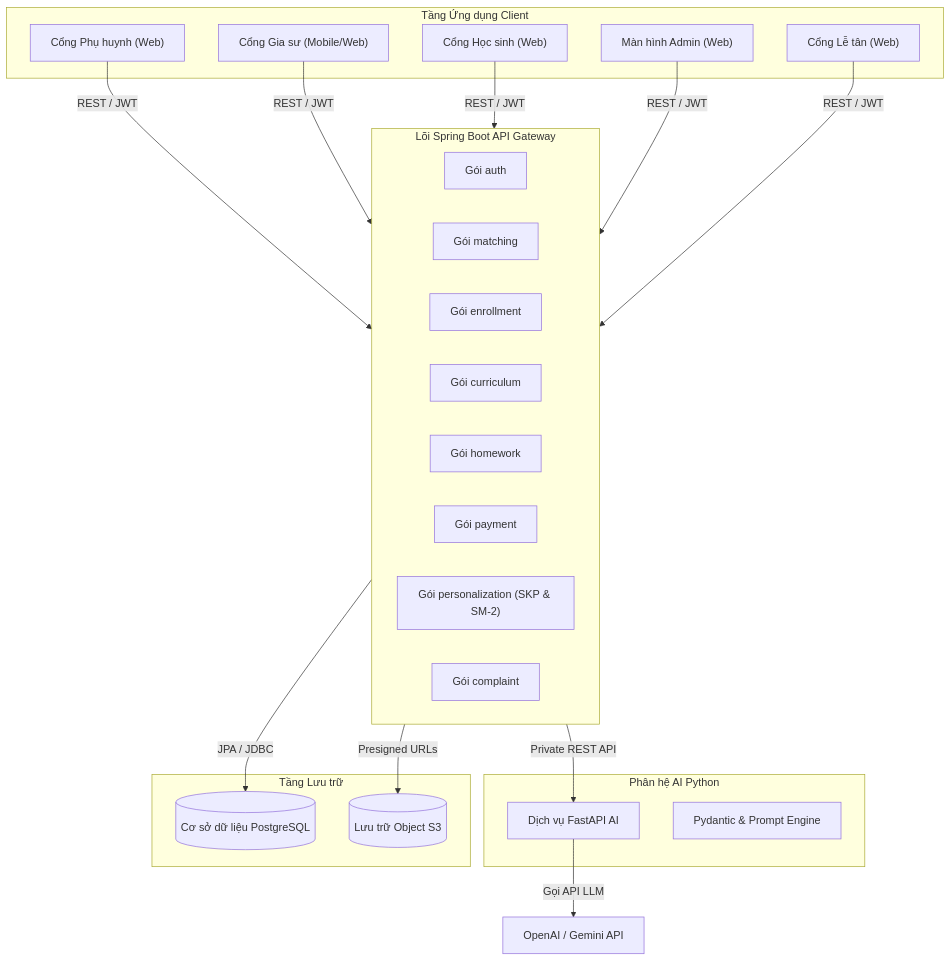
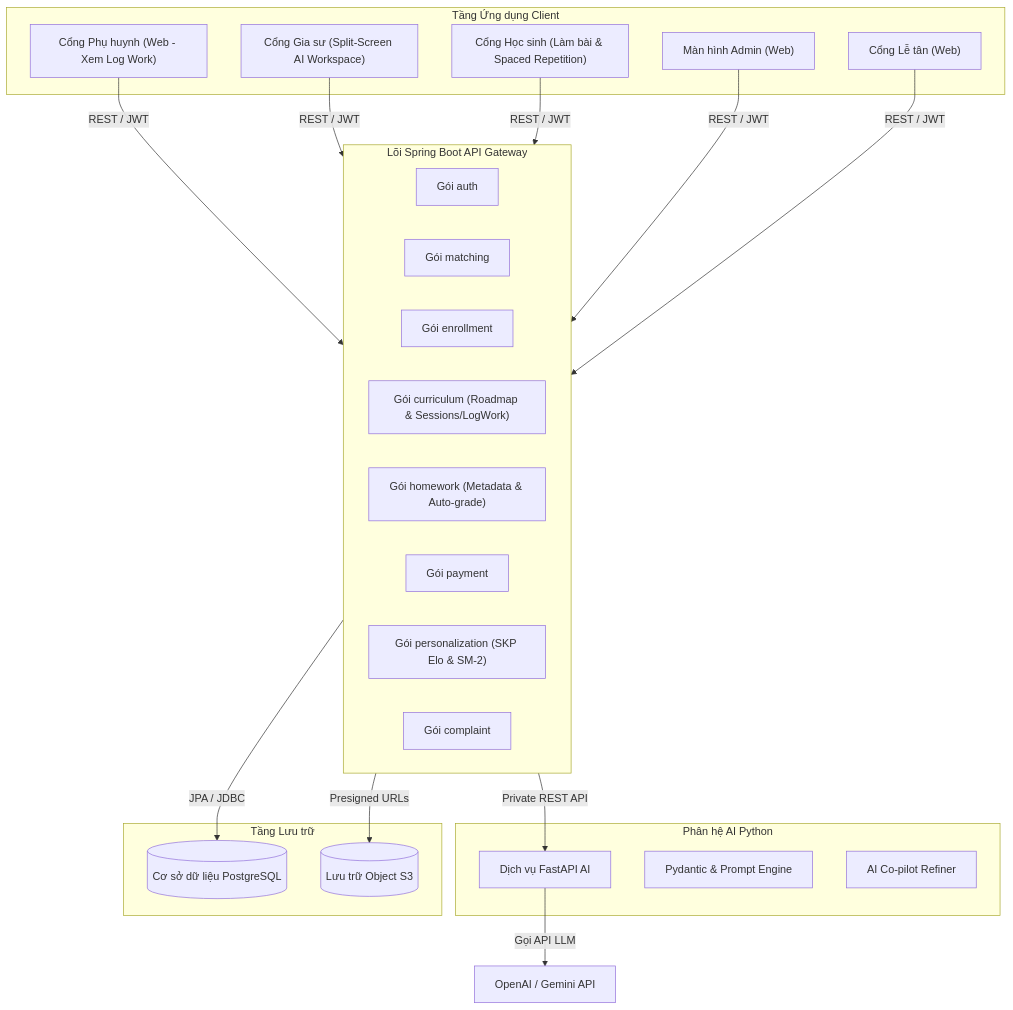
Before and after one commit to quangnguyenviet/English-tutor-platform-final-project-2026: the first of 3 diagrams in _bmad-output/planning-artifacts/architecture/architecture-final_project-2026-09-07/ARCHITECTURE-SPINE.md, drawn with Mermaid. The commit also changed other lines of this file and 6 other files, not shown here.

Commit message:
feat(docs): update product brief, prd, and architecture spine for daily lesson sessions & AI split-screen workspace

````diff
--- a/_bmad-output/planning-artifacts/architecture/architecture-final_project-2026-09-07/ARCHITECTURE-SPINE.md
+++ b/_bmad-output/planning-artifacts/architecture/architecture-final_project-2026-09-07/ARCHITECTURE-SPINE.md
@@ -58,43 +62,44 @@
 ```mermaid
 graph TD
     subgraph Clients["Tầng Ứng dụng Client"]
-        ParentPortal["Cổng Phụ huynh (Web)"]
-        TutorPortal["Cổng Gia sư (Mobile/Web)"]
-        StudentPortal["Cổng Học sinh (Web)"]
+        ParentPortal["Cổng Phụ huynh (Web - Xem Log Work)"]
+        TutorPortal["Cổng Gia sư (Split-Screen AI Workspace)"]
+        StudentPortal["Cổng Học sinh (Làm bài & Spaced Repetition)"]
         AdminDashboard["Màn hình Admin (Web)"]
         ReceptionistPortal["Cổng Lễ tân (Web)"]
     end
 
     subgraph BackendGateway["Lõi Spring Boot API Gateway"]
         AuthModule["Gói auth"]
         MatchingModule["Gói matching"]
         EnrollmentModule["Gói enrollment"]
-        CurriculumModule["Gói curriculum"]
-        HomeworkModule["Gói homework"]
+        CurriculumModule["Gói curriculum (Roadmap & Sessions/LogWork)"]
+        HomeworkModule["Gói homework (Metadata & Auto-grade)"]
         PaymentModule["Gói payment"]
-        PersonalizationModule["Gói personalization (SKP & SM-2)"]
+        PersonalizationModule["Gói personalization (SKP Elo & SM-2)"]
         ComplaintModule["Gói complaint"]
     end
 
     subgraph AIService["Phân hệ AI Python"]
         FastAPIWorker["Dịch vụ FastAPI AI"]
         PromptEngine["Pydantic & Prompt Engine"]
+        CoPilotChat["AI Co-pilot Refiner"]
     end
 
     subgraph Storage["Tầng Lưu trữ"]
         PostgreSQL[("Cơ sở dữ liệu PostgreSQL")]
         S3Storage[("Lưu trữ Object S3")]
     end
 
     ParentPortal -->|REST / JWT| BackendGateway
     TutorPortal -->|REST / JWT| BackendGateway
     StudentPortal -->|REST / JWT| BackendGateway
     AdminDashboard -->|REST / JWT| BackendGateway
     ReceptionistPortal -->|REST / JWT| BackendGateway
 
     BackendGateway -->|JPA / JDBC| PostgreSQL
     BackendGateway -->|Presigned URLs| S3Storage
     BackendGateway -->|Private REST API| FastAPIWorker
 
     FastAPIWorker -->|Gọi API LLM| ExternalLLM["OpenAI / Gemini API"]
 ```
````
